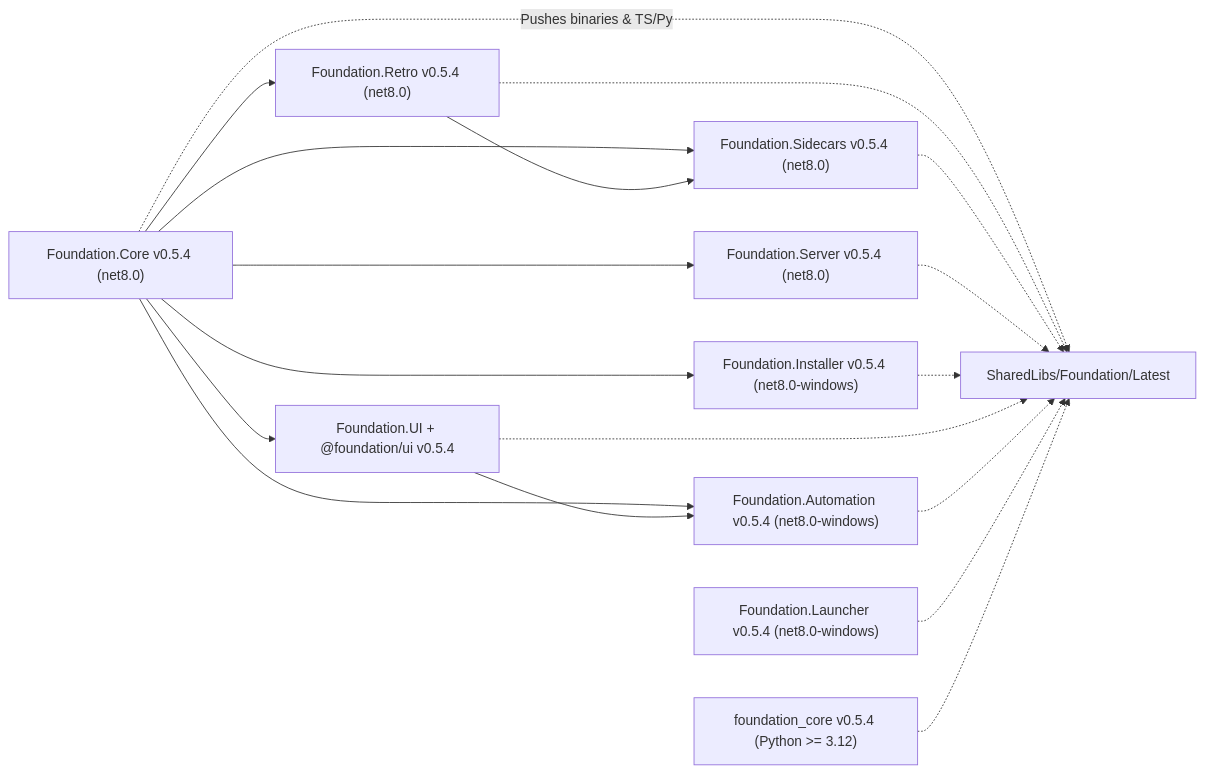
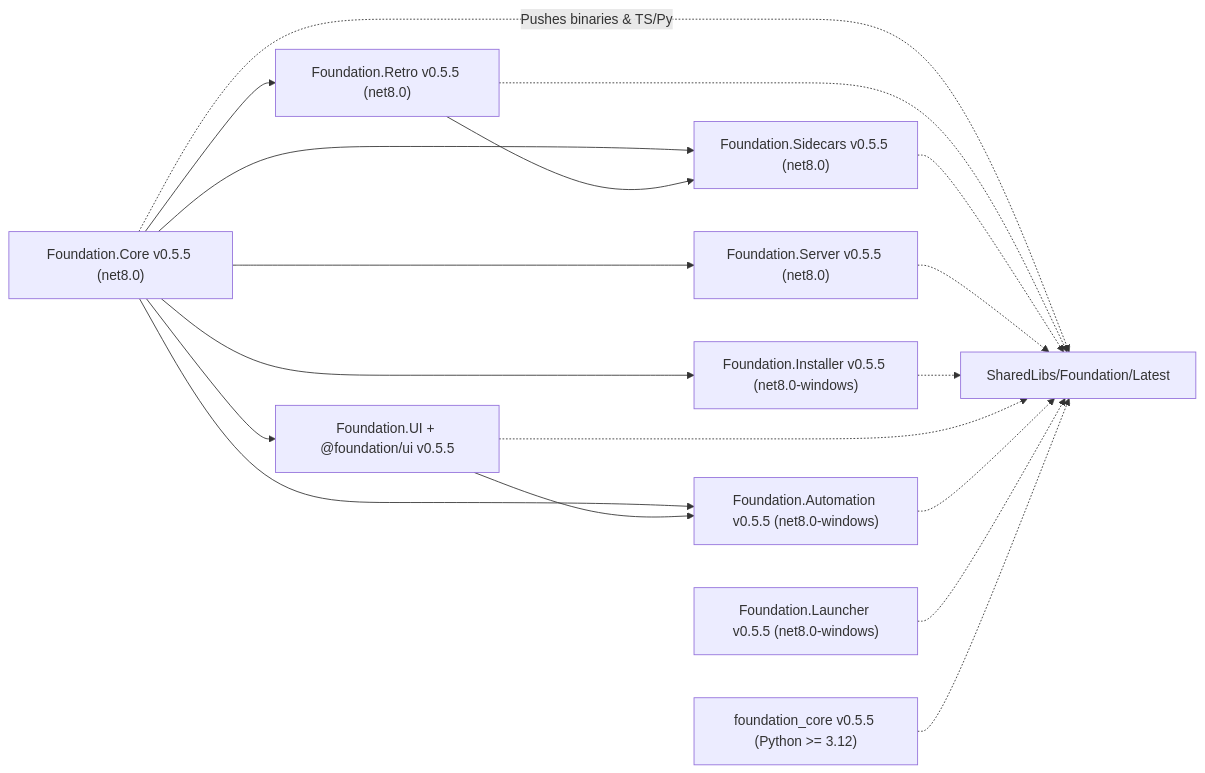
One commit to StreamItAllGit/Foundation changed the diagram in Dev/docs/ARCHITECTURE.md. Above: the diagram before and after it, drawn with Mermaid. The commit also changed other lines of this file and 24 other files, not shown here.

````diff
--- a/Dev/docs/ARCHITECTURE.md
+++ b/Dev/docs/ARCHITECTURE.md
@@ -12,31 +12,31 @@
 ```mermaid
 flowchart LR
-    Core["Foundation.Core v0.5.4 (net8.0)"]
-    Retro["Foundation.Retro v0.5.4 (net8.0)"]
-    Sidecars["Foundation.Sidecars v0.5.4 (net8.0)"]
-    Server["Foundation.Server v0.5.4 (net8.0)"]
-    Installer["Foundation.Installer v0.5.4 (net8.0-windows)"]
-    UI["Foundation.UI + @foundation/ui v0.5.4"]
-    Automation["Foundation.Automation v0.5.4 (net8.0-windows)"]
-    Launcher["Foundation.Launcher v0.5.4 (net8.0-windows)"]
-    PyCore["foundation_core v0.5.4 (Python >= 3.12)"]
+    Core["Foundation.Core v0.5.5 (net8.0)"]
+    Retro["Foundation.Retro v0.5.5 (net8.0)"]
+    Sidecars["Foundation.Sidecars v0.5.5 (net8.0)"]
+    Server["Foundation.Server v0.5.5 (net8.0)"]
+    Installer["Foundation.Installer v0.5.5 (net8.0-windows)"]
+    UI["Foundation.UI + @foundation/ui v0.5.5"]
+    Automation["Foundation.Automation v0.5.5 (net8.0-windows)"]
+    Launcher["Foundation.Launcher v0.5.5 (net8.0-windows)"]
+    PyCore["foundation_core v0.5.5 (Python >= 3.12)"]
     Hub["SharedLibs/Foundation/Latest"]
 
     Core --> Retro
     Core --> Sidecars
     Retro --> Sidecars
     Core --> Server
     Core --> Installer
     Core --> UI
     Core --> Automation
     UI --> Automation
     Core -. "Pushes binaries & TS/Py" .-> Hub
     Retro -.-> Hub
     Sidecars -.-> Hub
     Server -.-> Hub
     Installer -.-> Hub
     UI -.-> Hub
     Automation -.-> Hub
     Launcher -.-> Hub
     PyCore -.-> Hub
 ```
````
